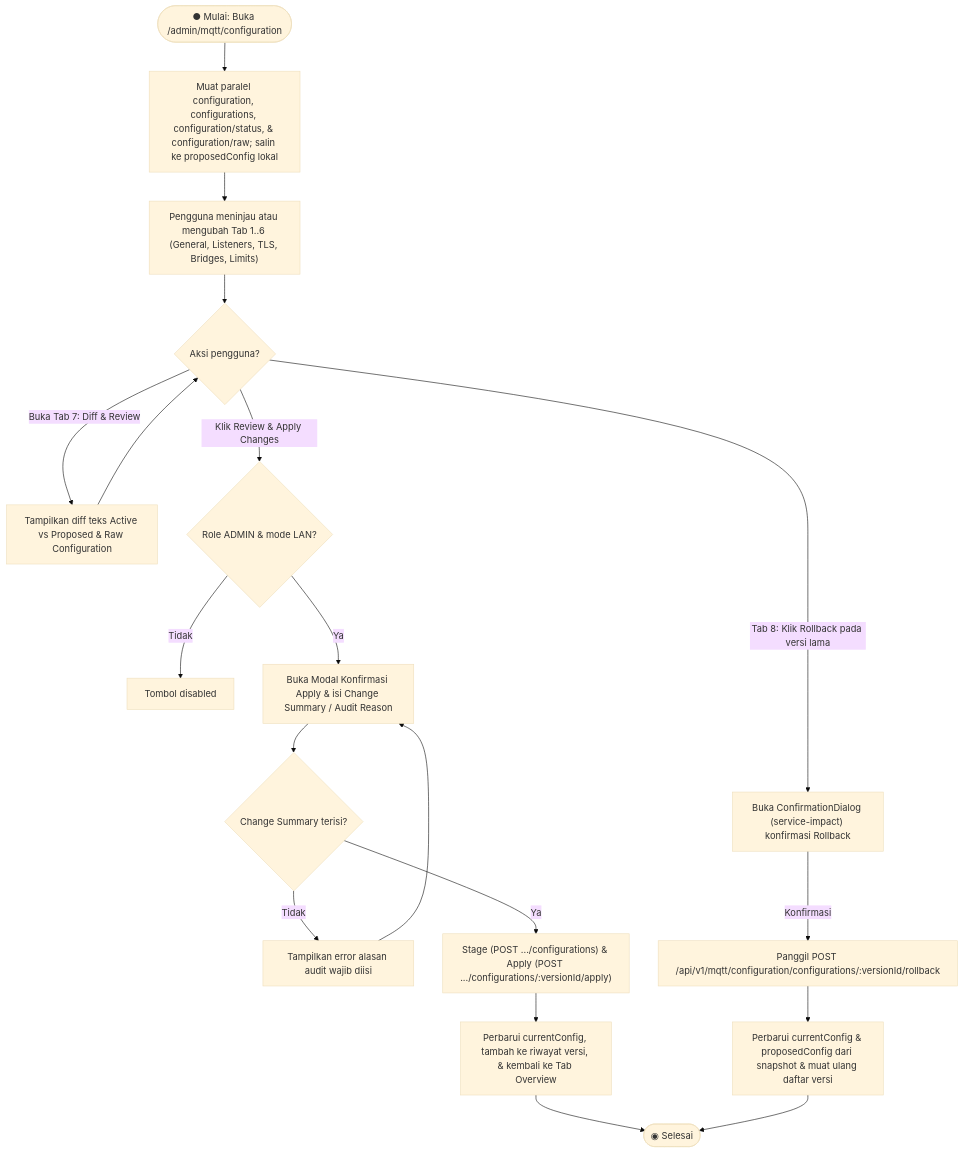
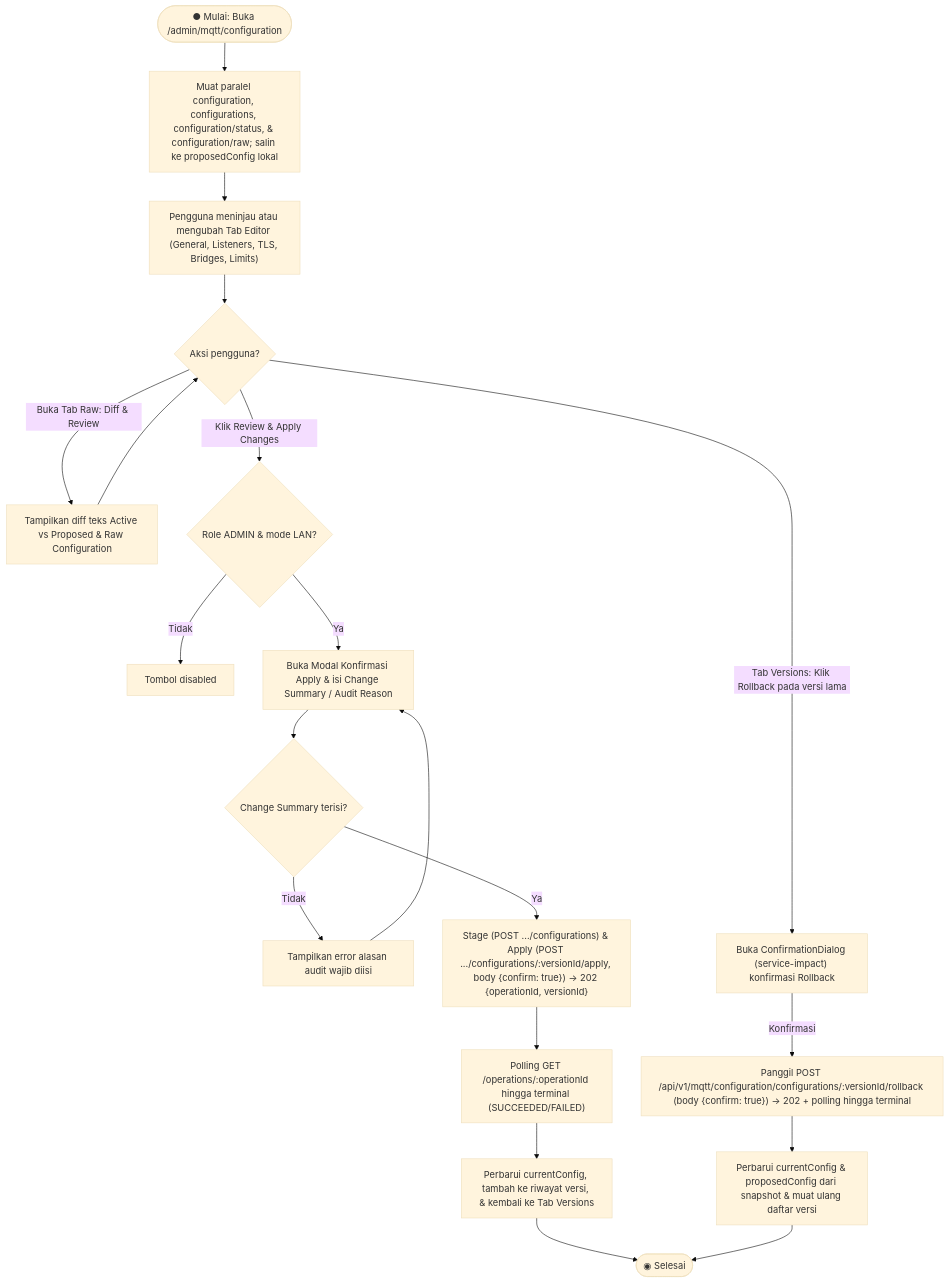
Before and after one commit to affadk/iiot-oee-admin-panel: diagram 17 of 25 in PAGE_DOCUMENTATION.md, drawn with Mermaid (base theme). The commit also changed other lines of this file and 12 other files, not shown here.

````diff
--- a/PAGE_DOCUMENTATION.md
+++ b/PAGE_DOCUMENTATION.md
@@ -726,24 +755,25 @@
 ```mermaid
 flowchart TD
     Start(["● Mulai: Buka /admin/mqtt/configuration"]) --> LoadCfg["Muat paralel configuration, configurations, configuration/status, & configuration/raw; salin ke proposedConfig lokal"]
-    LoadCfg --> EditTabs["Pengguna meninjau atau mengubah Tab 1..6 (General, Listeners, TLS, Bridges, Limits)"]
+    LoadCfg --> EditTabs["Pengguna meninjau atau mengubah Tab Editor (General, Listeners, TLS, Bridges, Limits)"]
     EditTabs --> Action{"Aksi pengguna?"}
 
-    Action -- "Buka Tab 7: Diff & Review" --> PreviewDiff["Tampilkan diff teks Active vs Proposed & Raw Configuration"]
+    Action -- "Buka Tab Raw: Diff & Review" --> PreviewDiff["Tampilkan diff teks Active vs Proposed & Raw Configuration"]
     PreviewDiff --> Action
 
     Action -- "Klik Review & Apply Changes" --> CheckAdmin{"Role ADMIN & mode LAN?"}
     CheckAdmin -- Tidak --> DisabledApply["Tombol disabled"]
     CheckAdmin -- Ya --> OpenApply["Buka Modal Konfirmasi Apply & isi Change Summary / Audit Reason"]
     OpenApply --> ValidReason{"Change Summary terisi?"}
     ValidReason -- Tidak --> ErrReason["Tampilkan error alasan audit wajib diisi"]
     ErrReason --> OpenApply
-    ValidReason -- Ya --> CallApply["Stage (POST .../configurations) & Apply (POST .../configurations/:versionId/apply)"]
-    CallApply --> SyncActive["Perbarui currentConfig, tambah ke riwayat versi, & kembali ke Tab Overview"]
+    ValidReason -- Ya --> CallApply["Stage (POST .../configurations) & Apply (POST .../configurations/:versionId/apply, body {confirm: true}) -> 202 {operationId, versionId}"]
+    CallApply --> PollApply["Polling GET /operations/:operationId hingga terminal (SUCCEEDED/FAILED)"]
+    PollApply --> SyncActive["Perbarui currentConfig, tambah ke riwayat versi, & kembali ke Tab Versions"]
     SyncActive --> End(["◉ Selesai"])
 
-    Action -- "Tab 8: Klik Rollback pada versi lama" --> ConfirmRB["Buka ConfirmationDialog (service-impact) konfirmasi Rollback"]
-    ConfirmRB -- Konfirmasi --> CallRB["Panggil POST /api/v1/mqtt/configuration/configurations/:versionId/rollback"]
+    Action -- "Tab Versions: Klik Rollback pada versi lama" --> ConfirmRB["Buka ConfirmationDialog (service-impact) konfirmasi Rollback"]
+    ConfirmRB -- Konfirmasi --> CallRB["Panggil POST /api/v1/mqtt/configuration/configurations/:versionId/rollback (body {confirm: true}) -> 202 + polling hingga terminal"]
     CallRB --> ReloadAll["Perbarui currentConfig & proposedConfig dari snapshot & muat ulang daftar versi"]
     ReloadAll --> End
 ```
````
